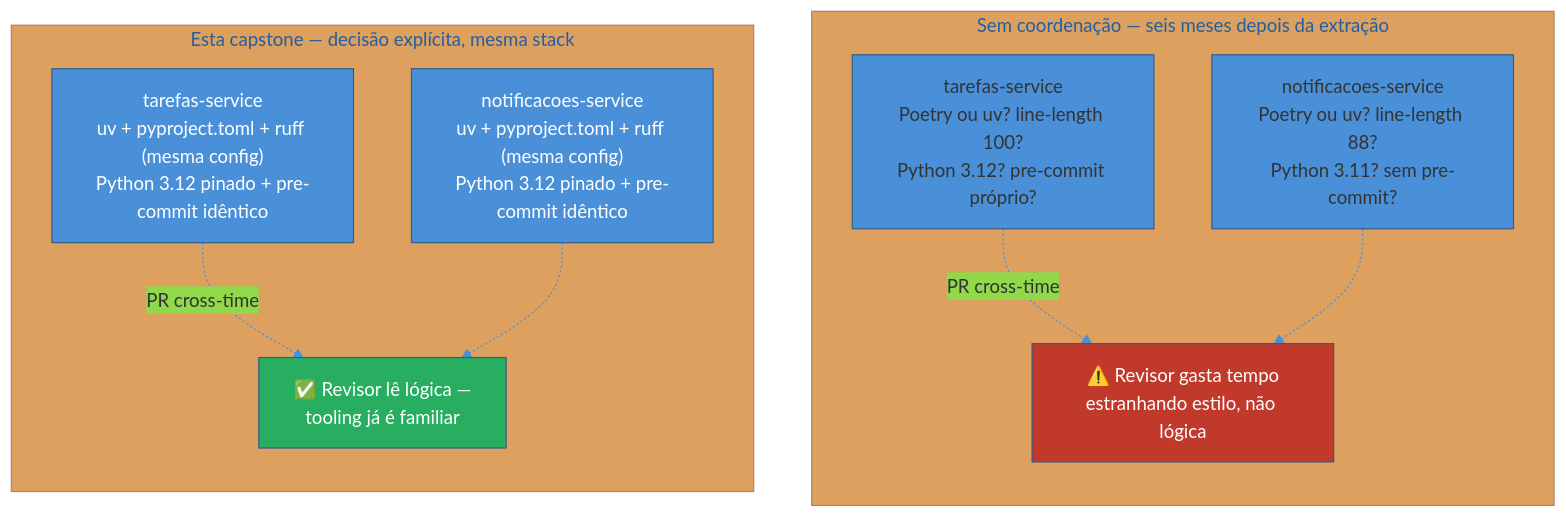
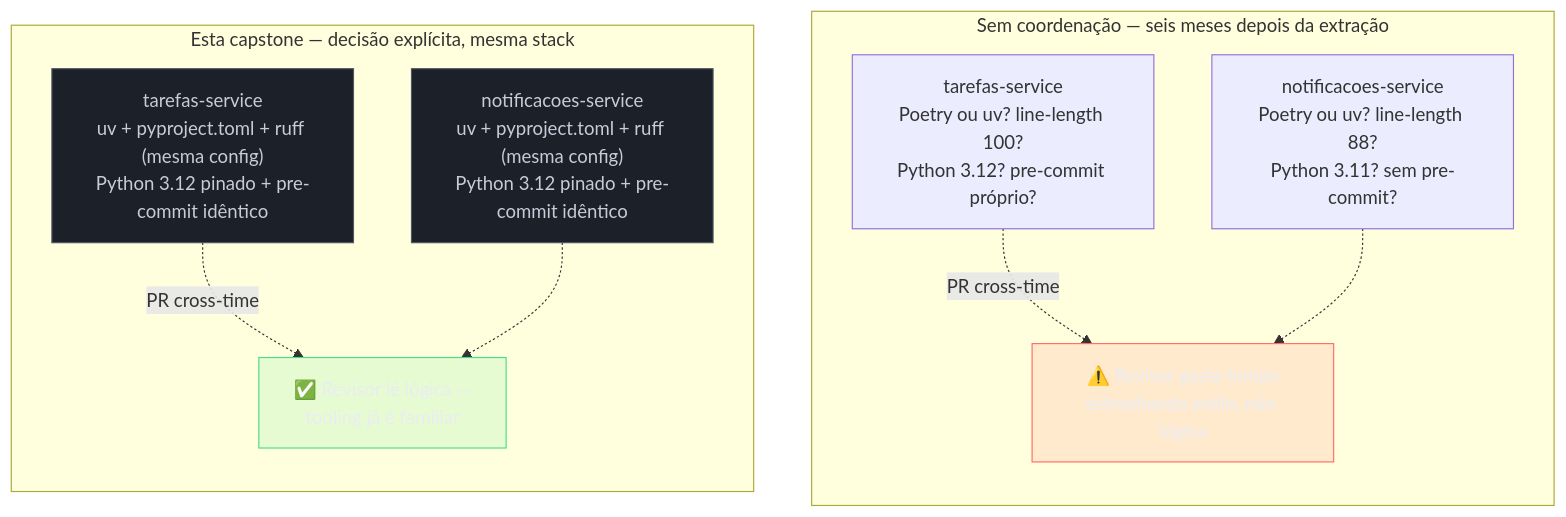
One commit to josenaldo/codex-technomanticus changed the first of 4 diagrams in 03-Dominios/Tecnologia/Python/Build e tooling/08 - Capstone — tooling consistente nos dois serviços.md. Above: the diagram before and after it, drawn with Mermaid. The commit also changed other lines of this file and 1181 other files, not shown here.

First line of the commit message:
fix(diagramas): paleta do sistema no lugar de cor cravada no markdown

````diff
--- a/03-Dominios/Tecnologia/Python/Build e tooling/08 - Capstone — tooling consistente nos dois serviços.md
+++ b/03-Dominios/Tecnologia/Python/Build e tooling/08 - Capstone — tooling consistente nos dois serviços.md
@@ -29,24 +29,26 @@
 ```mermaid
-%%{init: {"theme": "base", "themeVariables": {"primaryColor": "#4A90D9", "primaryBorderColor": "#2E5C8A", "lineColor": "#4A90D9"}}}%%
 flowchart TB
+    classDef falha fill:#FF6B6B24,stroke:#FF6B6B,color:#E9ECF2
+    classDef ok fill:#4ADE8021,stroke:#4ADE80,color:#E9ECF2
+    classDef neutro fill:#1B2029,stroke:#4E5666,color:#C6CCD8
     subgraph Risco["Sem coordenação — seis meses depois da extração"]
         direction TB
         T1["tarefas-service<br/>Poetry ou uv? line-length 100?<br/>Python 3.12? pre-commit próprio?"]
         N1["notificacoes-service<br/>Poetry ou uv? line-length 88?<br/>Python 3.11? sem pre-commit?"]
         T1 -.->|"PR cross-time"| Atrito["⚠️ Revisor gasta tempo<br/>estranhando estilo, não lógica"]
         N1 -.-> Atrito
     end
 
     subgraph Consistente["Esta capstone — decisão explícita, mesma stack"]
         direction TB
         T2["tarefas-service<br/>uv + pyproject.toml + ruff (mesma config)<br/>Python 3.12 pinado + pre-commit idêntico"]
         N2["notificacoes-service<br/>uv + pyproject.toml + ruff (mesma config)<br/>Python 3.12 pinado + pre-commit idêntico"]
         T2 -.->|"PR cross-time"| OK["✅ Revisor lê lógica —<br/>tooling já é familiar"]
         N2 -.-> OK
     end
 
-    style Atrito fill:#c0392b,color:#fff
-    style OK fill:#27ae60,color:#fff
-    style T2 fill:#4A90D9,color:#fff
-    style N2 fill:#4A90D9,color:#fff
+    class Atrito falha
+    class OK ok
+    class T2 neutro
+    class N2 neutro
 ```
````
